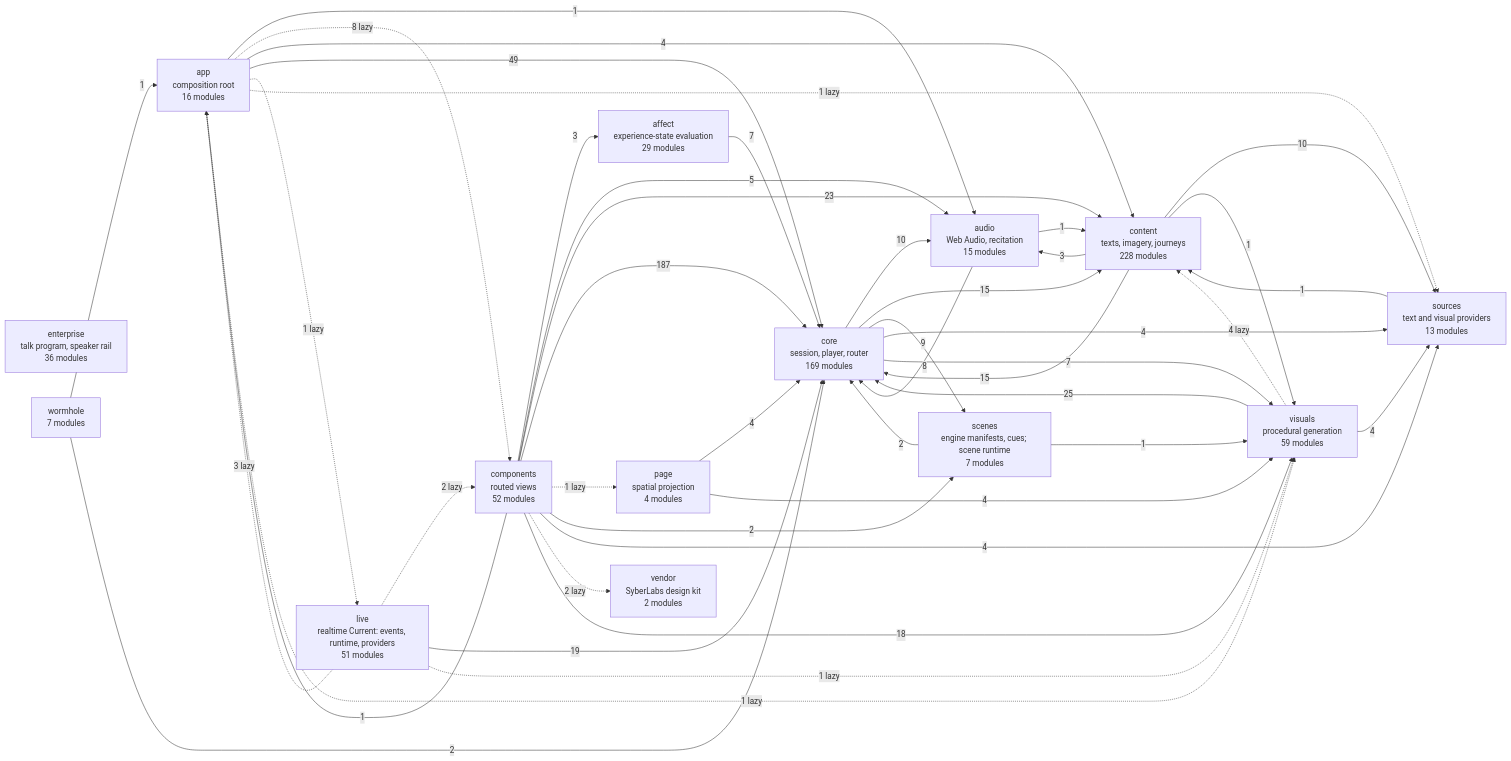
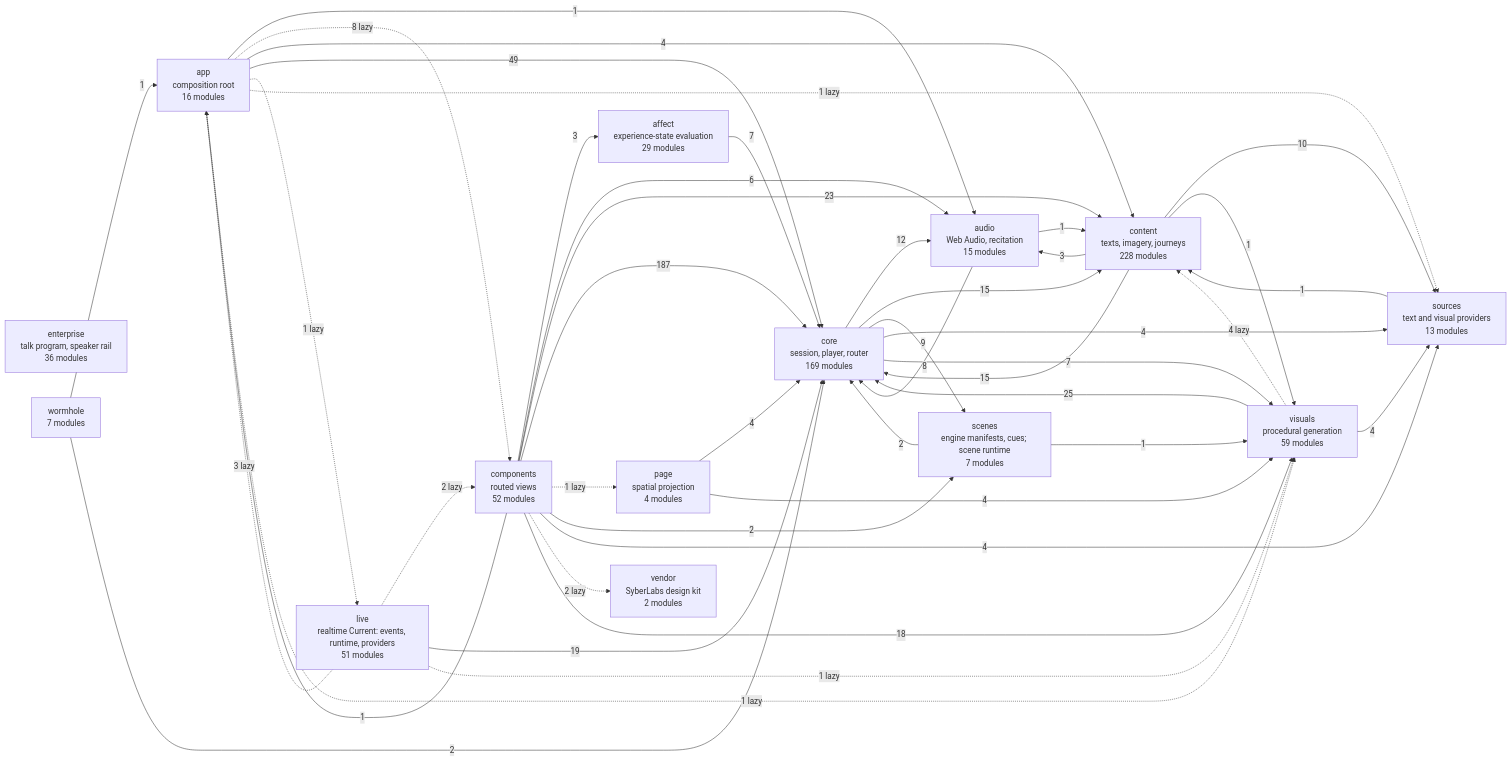
The diagram in docs/specs/ARCHITECTURE.md (SyberLabs/RISE), drawn with Mermaid before and after one commit.

Commit message:
Architecture diagram: the new imports of sound-ids.js

````diff
--- a/docs/specs/ARCHITECTURE.md
+++ b/docs/specs/ARCHITECTURE.md
@@ -161,61 +161,61 @@
 ```mermaid
 flowchart LR
     affect["affect<br/>experience-state evaluation<br/>29 modules"]
     app["app<br/>composition root<br/>16 modules"]
     audio["audio<br/>Web Audio, recitation<br/>15 modules"]
     components["components<br/>routed views<br/>52 modules"]
     content["content<br/>texts, imagery, journeys<br/>228 modules"]
     core["core<br/>session, player, router<br/>169 modules"]
     enterprise["enterprise<br/>talk program, speaker rail<br/>36 modules"]
     live["live<br/>realtime Current: events, runtime, providers<br/>51 modules"]
     page["page<br/>spatial projection<br/>4 modules"]
     scenes["scenes<br/>engine manifests, cues; scene runtime<br/>7 modules"]
     sources["sources<br/>text and visual providers<br/>13 modules"]
     vendor["vendor<br/>SyberLabs design kit<br/>2 modules"]
     visuals["visuals<br/>procedural generation<br/>59 modules"]
     wormhole["wormhole<br/>7 modules"]
 
     affect --> |7| core
     app --> |1| audio
     app -.-> |8 lazy| components
     app --> |4| content
     app --> |49| core
     app -.-> |1 lazy| live
     app -.-> |1 lazy| sources
     app -.-> |1 lazy| visuals
     audio --> |1| content
     audio --> |8| core
     components --> |3| affect
     components --> |1| app
-    components --> |5| audio
+    components --> |6| audio
     components --> |23| content
     components --> |187| core
     components -.-> |1 lazy| page
     components --> |2| scenes
     components --> |4| sources
     components -.-> |2 lazy| vendor
     components --> |18| visuals
     content --> |3| audio
     content --> |15| core
     content --> |10| sources
     content --> |1| visuals
-    core --> |10| audio
+    core --> |12| audio
     core --> |15| content
     core --> |9| scenes
     core --> |4| sources
     core --> |7| visuals
     live -.-> |3 lazy| app
     live -.-> |2 lazy| components
     live --> |19| core
     live -.-> |1 lazy| visuals
     page --> |4| core
     page --> |4| visuals
     scenes --> |2| core
     scenes --> |1| visuals
     sources --> |1| content
     visuals -.-> |4 lazy| content
     visuals --> |25| core
     visuals --> |4| sources
     wormhole --> |1| app
     wormhole --> |2| core
 ```
````
